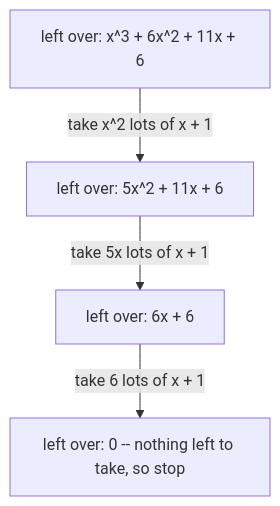
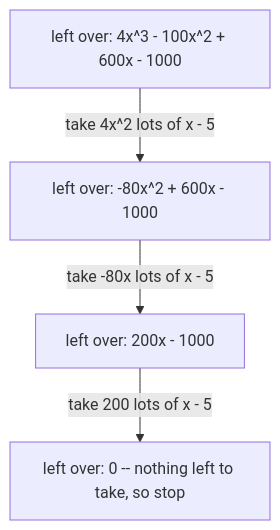
The first of 2 diagrams in Cards/03-Algebra/02-Polynomials/04-polynomial-division.md (wappy-x/Mathematics), drawn with Mermaid before and after one commit. The commit also changed other lines of this file and 14 other files, not shown here.

Commit message:
Algebra, Polynomials: folded-tray division example, flowchart and quadratic-formula fixes, next-card hand-offs

````diff
--- a/Cards/03-Algebra/02-Polynomials/04-polynomial-division.md
+++ b/Cards/03-Algebra/02-Polynomials/04-polynomial-division.md
@@ -23,6 +27,6 @@
 ```mermaid
 flowchart TD
-    A["left over: x^3 + 6x^2 + 11x + 6"] -->|"take x^2 lots of x + 1"| B["left over: 5x^2 + 11x + 6"]
-    B -->|"take 5x lots of x + 1"| C["left over: 6x + 6"]
-    C -->|"take 6 lots of x + 1"| D["left over: 0 -- nothing left to take, so stop"]
+    A["left over: 4x^3 - 100x^2 + 600x - 1000"] -->|"take 4x^2 lots of x - 5"| B["left over: -80x^2 + 600x - 1000"]
+    B -->|"take -80x lots of x - 5"| C["left over: 200x - 1000"]
+    C -->|"take 200 lots of x - 5"| D["left over: 0 -- nothing left to take, so stop"]
 ```
````
